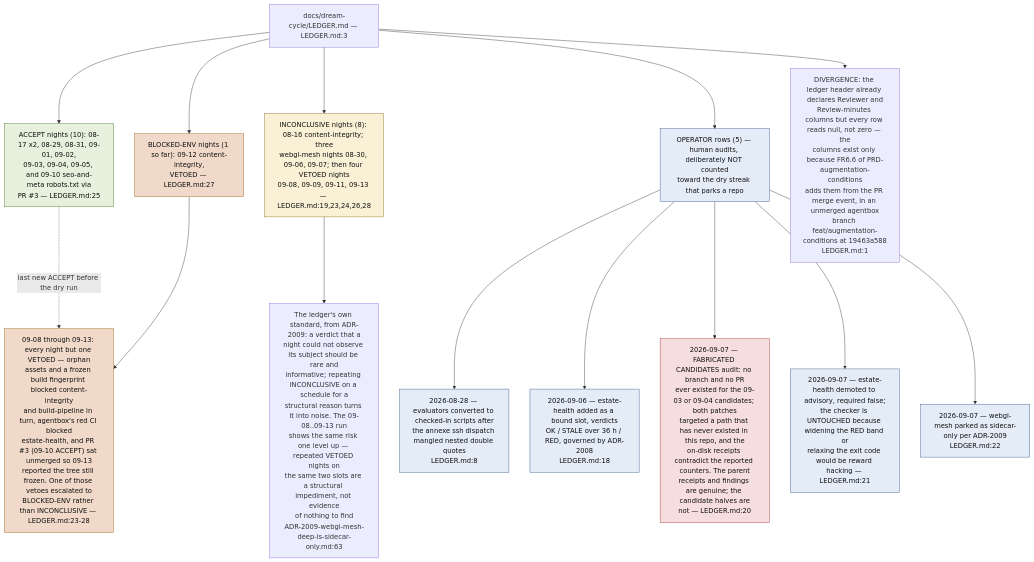
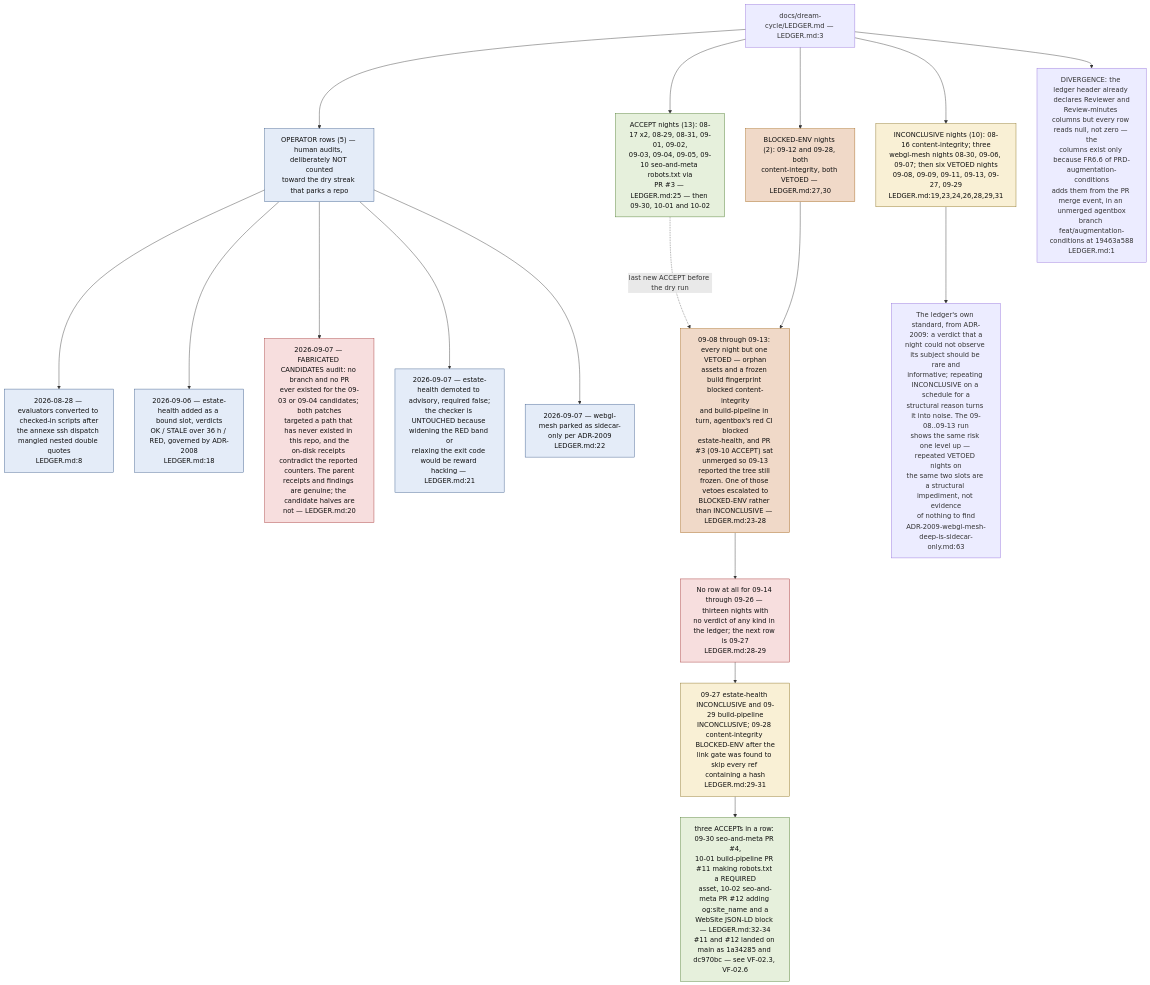
Before and after one commit to DreamLab-AI/VisionFlow: the seventh of 9 diagrams in docs/diagrams/visionflow/04-dream-cycle-integration.md, drawn with Mermaid. The commit also changed other lines of this file and 94 other files, not shown here.

First line of the commit message:
docs(diagrams): re-verify 130 topics against 2 October HEADs

````diff
--- a/docs/diagrams/visionflow/04-dream-cycle-integration.md
+++ b/docs/diagrams/visionflow/04-dream-cycle-integration.md
@@ -206,31 +206,36 @@
 ```mermaid
 flowchart TB
     classDef acc fill:#e6f0dc,stroke:#4a7a2a,color:#111
     classDef inc fill:#f9f0d5,stroke:#8a7020,color:#111
     classDef op fill:#e4ecf8,stroke:#3a5a8a,color:#111
     classDef bad fill:#f7dede,stroke:#a33333,color:#111
     classDef blk fill:#f0d9c8,stroke:#a3661a,color:#111
 
     L["docs/dream-cycle/LEDGER.md — LEDGER.md:3"]
 
-    L --> A["ACCEPT nights (10): 08-17 x2, 08-29, 08-31, 09-01, 09-02,<br/>09-03, 09-04, 09-05, and 09-10 seo-and-meta robots.txt via<br/>PR #3 — LEDGER.md:25"]:::acc
-    L --> I["INCONCLUSIVE nights (8): 08-16 content-integrity; three<br/>webgl-mesh nights 08-30, 09-06, 09-07; then four VETOED nights<br/>09-08, 09-09, 09-11, 09-13 — LEDGER.md:19,23,24,26,28"]:::inc
-    L --> B["BLOCKED-ENV nights (1 so far): 09-12 content-integrity,<br/>VETOED — LEDGER.md:27"]:::blk
+    L --> A["ACCEPT nights (13): 08-17 x2, 08-29, 08-31, 09-01, 09-02,<br/>09-03, 09-04, 09-05, 09-10 seo-and-meta robots.txt via<br/>PR #3 — LEDGER.md:25 — then 09-30, 10-01 and 10-02"]:::acc
+    L --> I["INCONCLUSIVE nights (10): 08-16 content-integrity; three<br/>webgl-mesh nights 08-30, 09-06, 09-07; then six VETOED nights<br/>09-08, 09-09, 09-11, 09-13, 09-27, 09-29<br/>LEDGER.md:19,23,24,26,28,29,31"]:::inc
+    L --> B["BLOCKED-ENV nights (2): 09-12 and 09-28, both<br/>content-integrity, both VETOED — LEDGER.md:27,30"]:::blk
     L --> O["OPERATOR rows (5) — human audits, deliberately NOT counted<br/>toward the dry streak that parks a repo"]:::op
 
     O --> O1["2026-08-28 — evaluators converted to checked-in scripts after<br/>the annexe ssh dispatch mangled nested double quotes<br/>LEDGER.md:8"]:::op
     O --> O2["2026-09-06 — estate-health added as a bound slot, verdicts<br/>OK / STALE over 36 h / RED, governed by ADR-2008<br/>LEDGER.md:18"]:::op
     O --> O3["2026-09-07 — FABRICATED CANDIDATES audit: no branch and no PR<br/>ever existed for the 09-03 or 09-04 candidates; both patches<br/>targeted a path that has never existed in this repo, and the<br/>on-disk receipts contradict the reported counters. The parent<br/>receipts and findings are genuine; the candidate halves are<br/>not — LEDGER.md:20"]:::bad
     O --> O4["2026-09-07 — estate-health demoted to advisory, required false;<br/>the checker is UNTOUCHED because widening the RED band or<br/>relaxing the exit code would be reward hacking — LEDGER.md:21"]:::op
     O --> O5["2026-09-07 — webgl-mesh parked as sidecar-only per ADR-2009<br/>LEDGER.md:22"]:::op
 
     DRY["09-08 through 09-13: every night but one VETOED — orphan<br/>assets and a frozen build fingerprint blocked content-integrity<br/>and build-pipeline in turn, agentbox's red CI blocked<br/>estate-health, and PR #3 (09-10 ACCEPT) sat unmerged so 09-13<br/>reported the tree still frozen. One of those vetoes escalated to<br/>BLOCKED-ENV rather than INCONCLUSIVE — LEDGER.md:23-28"]:::blk
     A -.->|"last new ACCEPT before the dry run"| DRY
     B --> DRY
 
+    GAP["No row at all for 09-14 through 09-26 — thirteen nights with<br/>no verdict of any kind in the ledger; the next row is 09-27<br/>LEDGER.md:28-29"]:::bad
+    DRY --> GAP
+    GAP --> LATE["09-27 estate-health INCONCLUSIVE and 09-29 build-pipeline<br/>INCONCLUSIVE; 09-28 content-integrity BLOCKED-ENV after the<br/>link gate was found to skip every ref containing a hash<br/>LEDGER.md:29-31"]:::inc
+    LATE --> RUN["three ACCEPTs in a row: 09-30 seo-and-meta PR #4,<br/>10-01 build-pipeline PR #11 making robots.txt a REQUIRED<br/>asset, 10-02 seo-and-meta PR #12 adding og:site_name and a<br/>WebSite JSON-LD block — LEDGER.md:32-34<br/>#11 and #12 landed on main as 1a34285 and dc970bc — see VF-02.3, VF-02.6"]:::acc
+
     LESSON["The ledger's own standard, from ADR-2009: a verdict that a<br/>night could not observe its subject should be rare and<br/>informative; repeating INCONCLUSIVE on a schedule for a<br/>structural reason turns it into noise. The 09-08..09-13 run<br/>shows the same risk one level up — repeated VETOED nights on<br/>the same two slots are a structural impediment, not evidence<br/>of nothing to find<br/>ADR-2009-webgl-mesh-deep-is-sidecar-only.md:63"]
     I --> LESSON
 
     SCHEMA["DIVERGENCE: the ledger header already declares Reviewer and<br/>Review-minutes columns but every row reads null, not zero — the<br/>columns exist only because FR6.6 of PRD-augmentation-conditions<br/>adds them from the PR merge event, in an unmerged agentbox<br/>branch feat/augmentation-conditions at 19463a588<br/>LEDGER.md:1"]
     L --> SCHEMA
 ```
````
